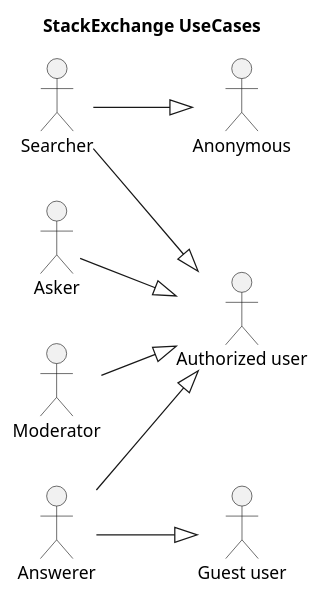
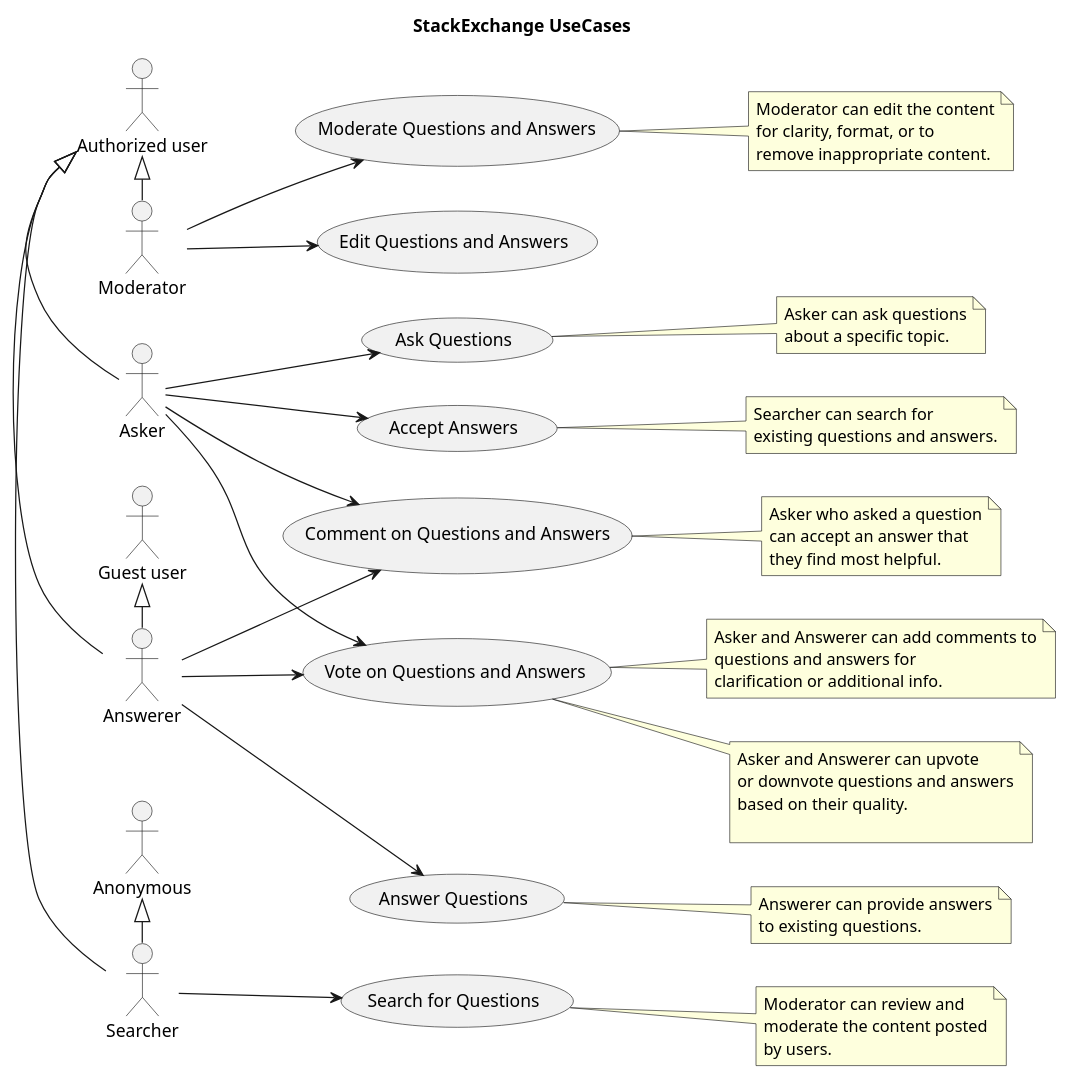
Before and after one commit to BardinPetr/itmo-se-basics: the diagram in lab1/images/FR0_UC0.puml, drawn with PlantUML.

Commit message:
L1: merge

```diff
--- a/lab1/images/FR0_UC0.puml
+++ b/lab1/images/FR0_UC0.puml
@@ -1,23 +1,87 @@
 @startuml
 title StackExchange UseCases
 
 left to right direction
 
 actor "Anonymous" as NAU
 actor "Authorized user" as AU
 actor "Guest user" as GU
 
 actor Asker as ASK_U
 actor Answerer as ANS_U
 actor Searcher as SEA_U
 actor Moderator as MOD_U
 
-ASK_U --|> AU
-ANS_U --|> AU
-ANS_U --|> GU
-SEA_U --|> NAU
-SEA_U --|> AU
-MOD_U --|> AU
+ASK_U -l-|> AU
+ANS_U -l-|> AU
+ANS_U -l-|> GU
+SEA_U -l-|> NAU
+SEA_U -l-|> AU
+MOD_U -l-|> AU
 
 
+usecase "Ask Questions" as UC1
+ASK_U --> UC1
+note right of UC1
+  Asker can ask questions
+  about a specific topic.
+end note
+
+usecase "Answer Questions" as UC2
+ANS_U --> UC2
+note right of UC2
+  Answerer can provide answers
+  to existing questions.
+end note
+
+usecase "Vote on Questions and Answers" as UC3
+ASK_U --> UC3
+ANS_U --> UC3
+note right of UC3
+  Asker and Answerer can upvote
+  or downvote questions and answers
+  based on their quality.
+
+end note
+note right of UC3
+  Asker and Answerer can add comments to
+  questions and answers for
+  clarification or additional info.
+end note
+
+usecase "Comment on Questions and Answers" as UC4
+ASK_U --> UC4
+ANS_U --> UC4
+note right of UC4
+  Asker who asked a question
+  can accept an answer that
+  they find most helpful.
+end note
+
+usecase "Accept Answers" as UC5
+ASK_U --> UC5
+note right of UC5
+  Searcher can search for
+  existing questions and answers.
+end note
+
+usecase "Search for Questions" as UC6
+SEA_U --> UC6
+note right of UC6
+  Moderator can review and
+  moderate the content posted
+  by users.
+end note
+
+usecase "Moderate Questions and Answers" as UC7
+MOD_U --> UC7
+note right of UC7
+  Moderator can edit the content
+  for clarity, format, or to
+  remove inappropriate content.
+end note
+
+usecase "Edit Questions and Answers" as UC8
+MOD_U --> UC8
+
 @enduml
```
